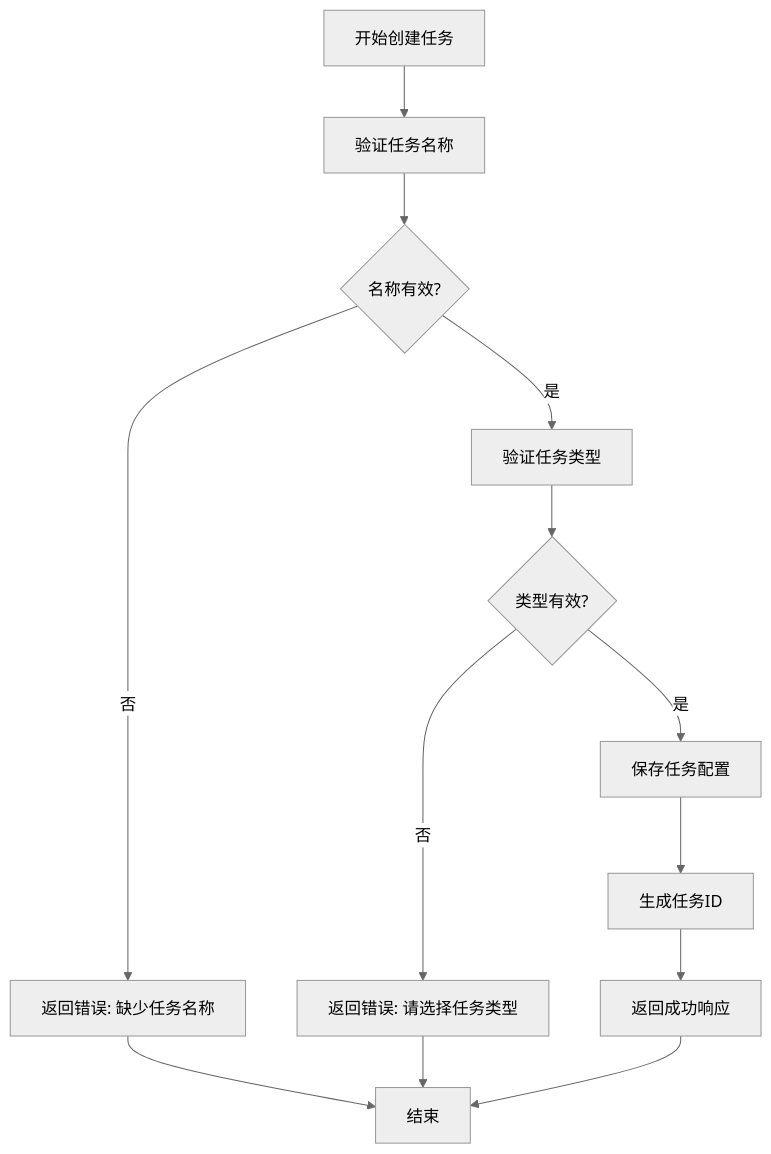
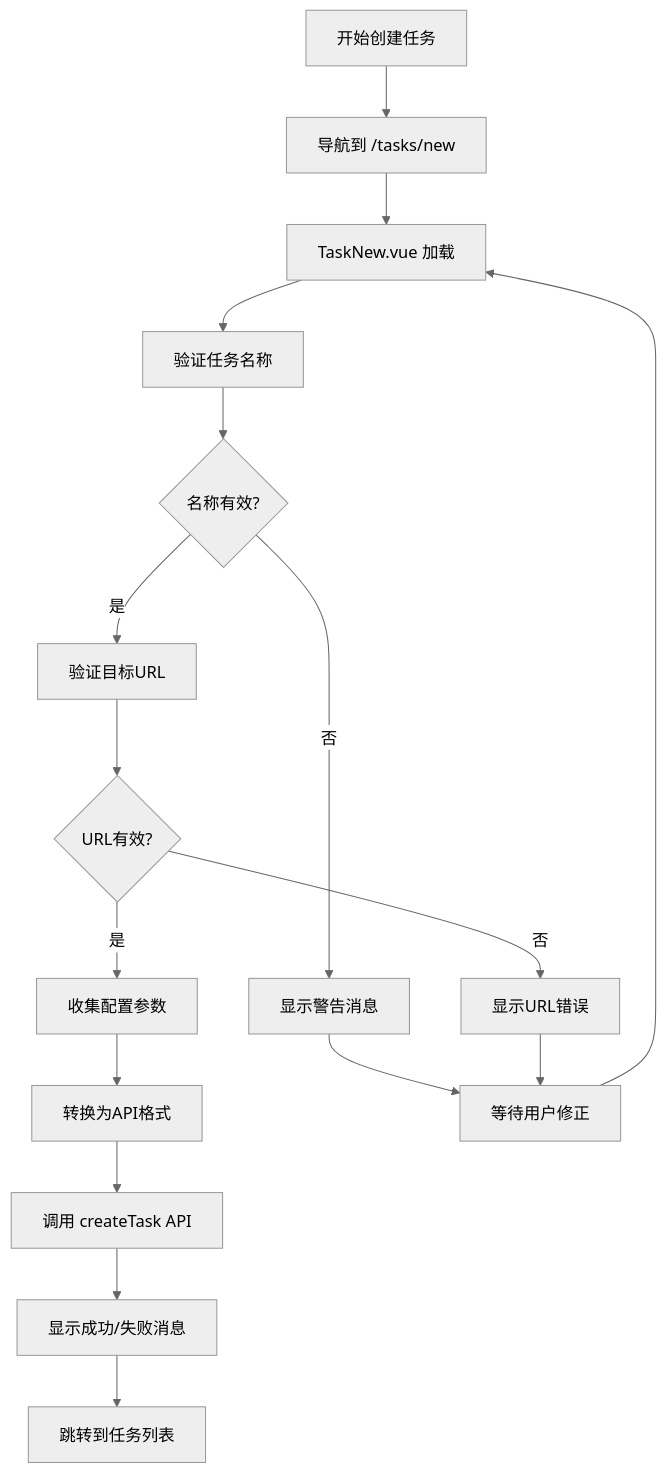
The fifth of 13 diagrams in .qoder/repowiki/zh/content/核心功能模块/任务管理系统/任务管理系统.md (pxc12345/crawler-vue3), drawn with Mermaid (neutral theme) before and after one commit. The commit also changed other lines of this file and 12 other files, not shown here.

````diff
--- a/.qoder/repowiki/zh/content/核心功能模块/任务管理系统/任务管理系统.md
+++ b/.qoder/repowiki/zh/content/核心功能模块/任务管理系统/任务管理系统.md
@@ -238,15 +266,19 @@
 ```mermaid
 flowchart TD
-A[开始创建任务] --> B[验证任务名称]
-B --> C{名称有效?}
-C --> |否| D[返回错误: 缺少任务名称]
-C --> |是| E[验证任务类型]
-E --> F{类型有效?}
-F --> |否| G[返回错误: 请选择任务类型]
-F --> |是| H[保存任务配置]
-H --> I[生成任务ID]
-I --> J[返回成功响应]
-D --> K[结束]
-G --> K
-J --> K
+A[开始创建任务] --> B[导航到 /tasks/new]
+B --> C[TaskNew.vue 加载]
+C --> D[验证任务名称]
+D --> E{名称有效?}
+E --> |否| F[显示警告消息]
+E --> |是| G[验证目标URL]
+G --> H{URL有效?}
+H --> |否| I[显示URL错误]
+H --> |是| J[收集配置参数]
+J --> K[转换为API格式]
+K --> L[调用 createTask API]
+L --> M[显示成功/失败消息]
+M --> N[跳转到任务列表]
+F --> O[等待用户修正]
+I --> O
+O --> C
 ```
````
